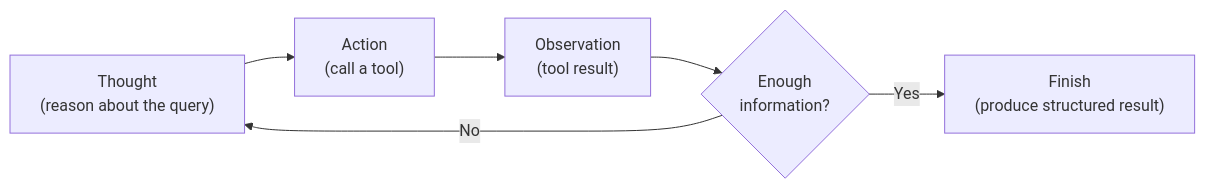
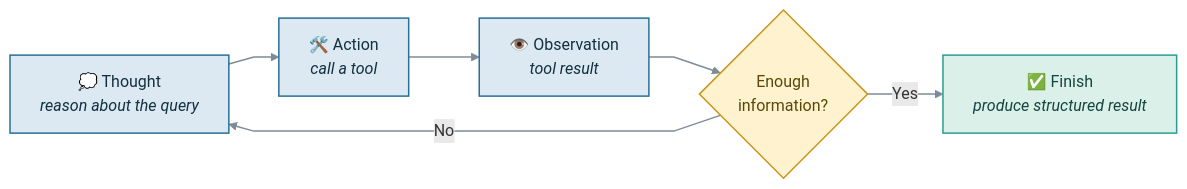
The third of 3 diagrams in thesis/foundation.md (nitishkpandey/SupplierMind), drawn with Mermaid before and after one commit. The commit also changed other lines of this file and 24 other files, not shown here.

First line of the commit message:
Add Chapter 5 result charts and colourful diagram images

````diff
--- a/thesis/foundation.md
+++ b/thesis/foundation.md
@@ -242,8 +264,17 @@
 ```mermaid
+%%{init: {"flowchart": {"curve": "linear", "htmlLabels": true}}}%%
 flowchart LR
-    T["Thought<br/>(reason about the query)"] --> Ac["Action<br/>(call a tool)"]
-    Ac --> O["Observation<br/>(tool result)"]
+    T["💭 Thought<br/><i>reason about the query</i>"] --> Ac["🛠️ Action<br/><i>call a tool</i>"]
+    Ac --> O["👁️ Observation<br/><i>tool result</i>"]
     O --> D{"Enough<br/>information?"}
     D -- "No" --> T
-    D -- "Yes" --> Fin["Finish<br/>(produce structured result)"]
+    D -- "Yes" --> Fin["✅ Finish<br/><i>produce structured result</i>"]
+
+    classDef proc fill:#DCE9F2,stroke:#2A6F97,stroke-width:1.5px,color:#12303F;
+    classDef decision fill:#FFF3CF,stroke:#C9971A,stroke-width:1.5px,color:#5A4708;
+    classDef done fill:#DCF0EA,stroke:#2A9D8F,stroke-width:1.5px,color:#14463F;
+    class T,Ac,O proc;
+    class D decision;
+    class Fin done;
+    linkStyle default stroke:#7C8B98,stroke-width:1.5px;
 ```
````
